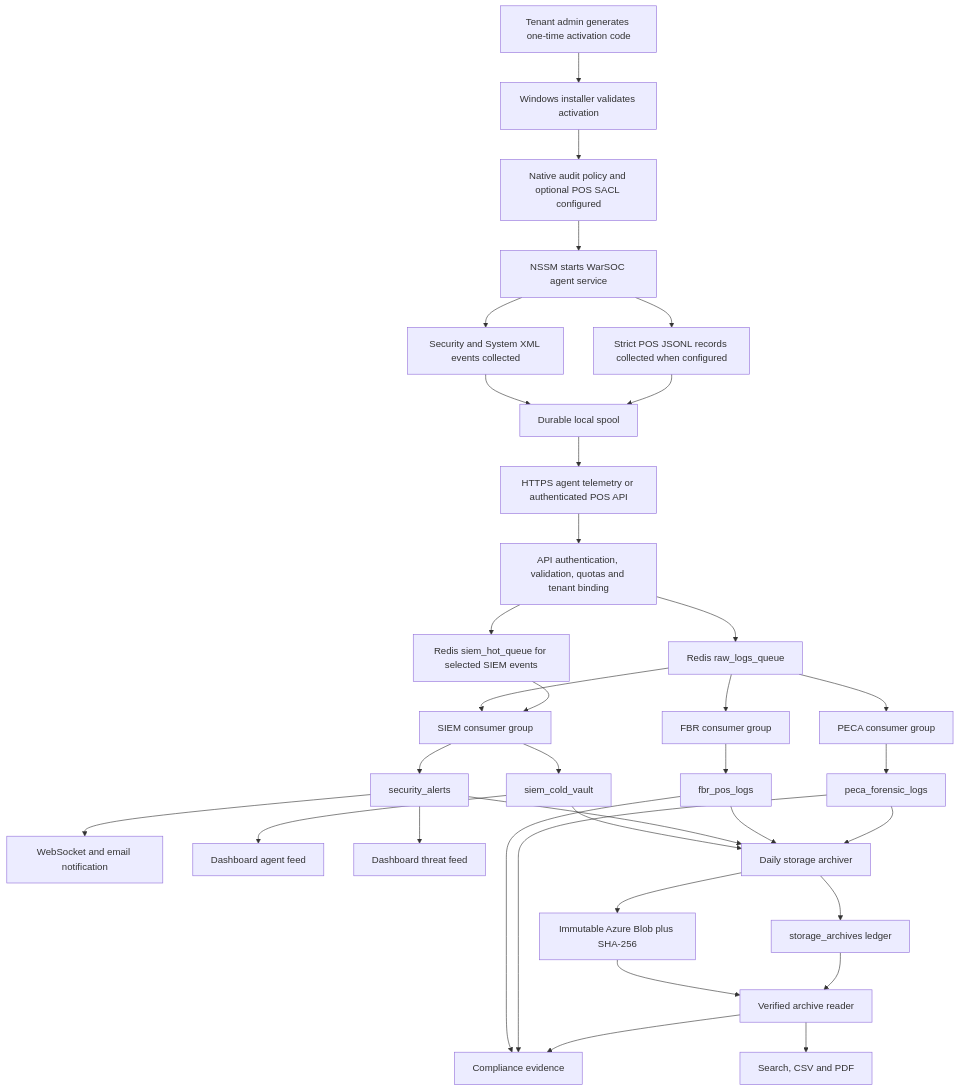
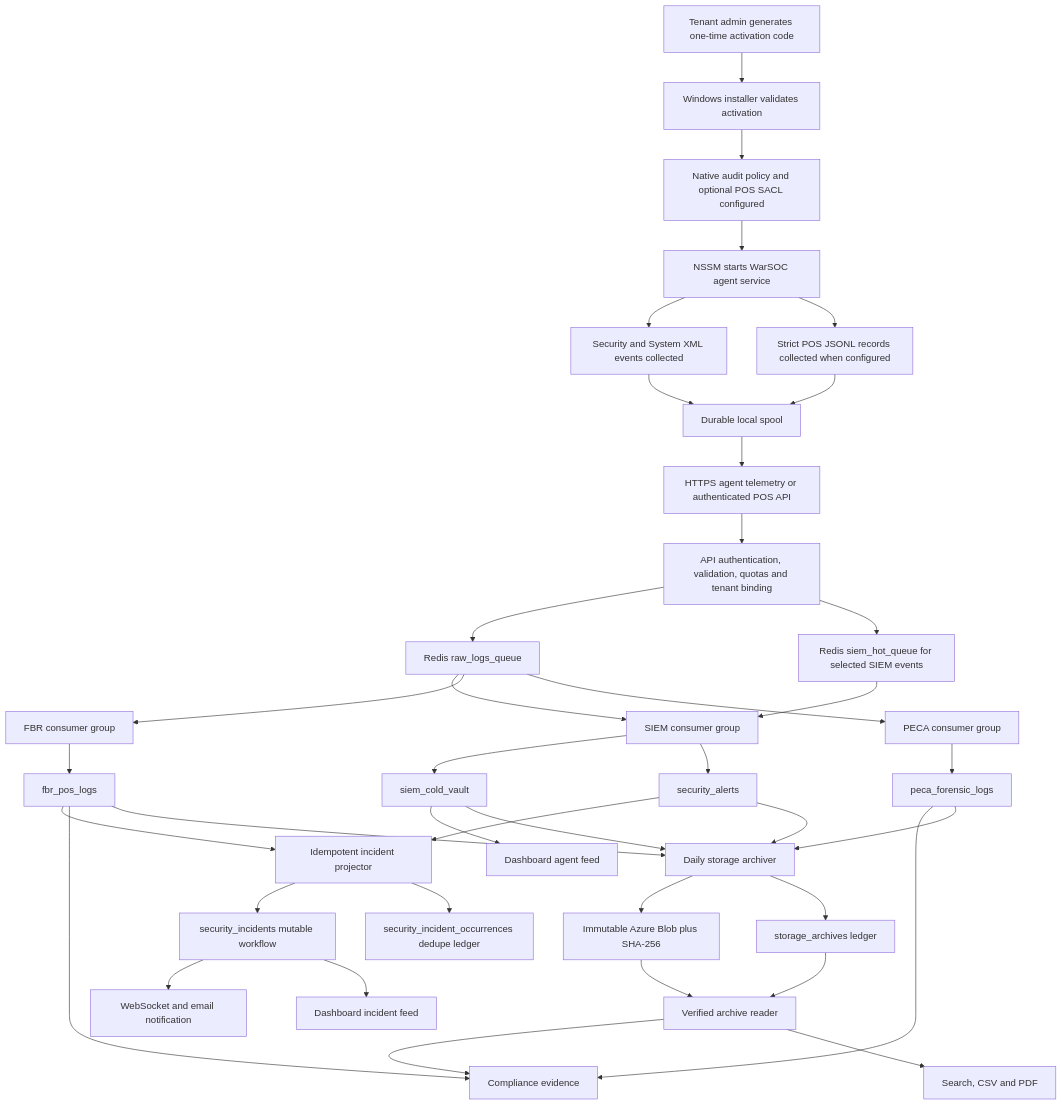
One commit to SHADABMUSHTAQ/Startup changed the first of 2 diagrams in docs/WARSOC_CURRENT_STATE_ARCHITECTURE.md. Above: the diagram before and after it, drawn with Mermaid. The commit also changed other lines of this file and 23 other files, not shown here.

Commit message:
Feature: Implement Security Incidents subsystem

````diff
--- a/docs/WARSOC_CURRENT_STATE_ARCHITECTURE.md
+++ b/docs/WARSOC_CURRENT_STATE_ARCHITECTURE.md
@@ -65,37 +65,41 @@
 ```mermaid
 flowchart TD
     A["Tenant admin generates one-time activation code"] --> B["Windows installer validates activation"]
     B --> C["Native audit policy and optional POS SACL configured"]
     C --> D["NSSM starts WarSOC agent service"]
     D --> E["Security and System XML events collected"]
     D --> F["Strict POS JSONL records collected when configured"]
     E --> G["Durable local spool"]
     F --> G
     G --> H["HTTPS agent telemetry or authenticated POS API"]
     H --> I["API authentication, validation, quotas and tenant binding"]
     I --> J["Redis raw_logs_queue"]
     I --> K["Redis siem_hot_queue for selected SIEM events"]
     J --> L["SIEM consumer group"]
     K --> L
     J --> M["FBR consumer group"]
     J --> N["PECA consumer group"]
     L --> O["siem_cold_vault"]
     L --> P["security_alerts"]
     M --> Q["fbr_pos_logs"]
     N --> R["peca_forensic_logs"]
-    P --> S["WebSocket and email notification"]
+    P --> PI["Idempotent incident projector"]
+    Q --> PI
+    PI --> INC["security_incidents mutable workflow"]
+    PI --> OCC["security_incident_occurrences dedupe ledger"]
+    INC --> S["WebSocket and email notification"]
     O --> T["Dashboard agent feed"]
-    P --> U["Dashboard threat feed"]
+    INC --> U["Dashboard incident feed"]
     Q --> V["Compliance evidence"]
     R --> V
     O --> W["Daily storage archiver"]
     P --> W
     Q --> W
     R --> W
     W --> X["Immutable Azure Blob plus SHA-256"]
     W --> Y["storage_archives ledger"]
     X --> Z["Verified archive reader"]
     Y --> Z
     Z --> V
     Z --> AA["Search, CSV and PDF"]
 ```
````
